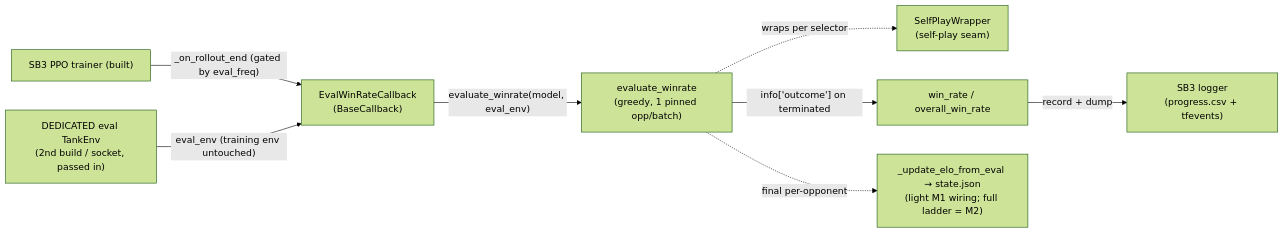
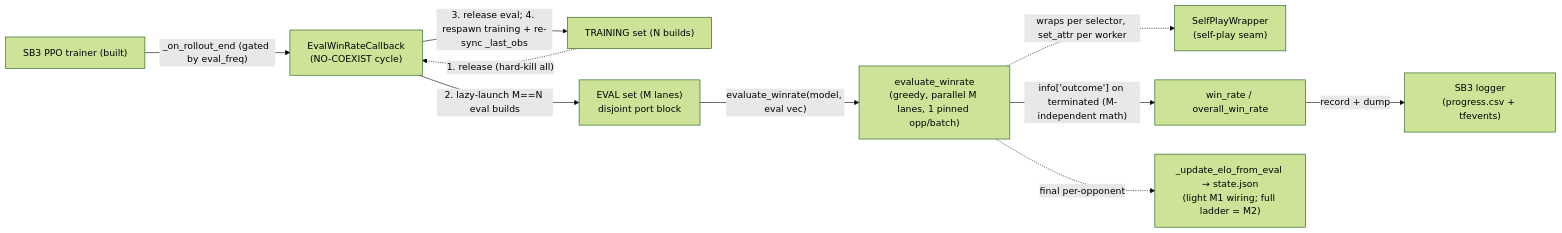
The fourth of 4 diagrams in docs/components/rl.md (urciuolim/TankTwinStickShooter), drawn with Mermaid (forest theme) before and after one commit. The commit also changed other lines of this file and 11 other files, not shown here.

````diff
--- a/docs/components/rl.md
+++ b/docs/components/rl.md
@@ -487,10 +542,12 @@
 ```mermaid
 graph LR
-    sb3["SB3 PPO trainer (built)"] -->|"_on_rollout_end (gated by eval_freq)"| cb["EvalWinRateCallback<br/>(BaseCallback)"]
-    eraw["DEDICATED eval TankEnv<br/>(2nd build / socket, passed in)"] -->|"eval_env (training env untouched)"| cb
-    cb -->|"evaluate_winrate(model, eval_env)"| eval["evaluate_winrate<br/>(greedy, 1 pinned opp/batch)"]
-    eval -.->|"wraps per selector"| sp["SelfPlayWrapper<br/>(self-play seam)"]
-    eval -->|"info['outcome'] on terminated"| wr["win_rate / overall_win_rate"]
+    sb3["SB3 PPO trainer (built)"] -->|"_on_rollout_end (gated by eval_freq)"| cb["EvalWinRateCallback<br/>(NO-COEXIST cycle)"]
+    tvec["TRAINING set (N builds)"] -.->|"1. release (hard-kill all)"| cb
+    cb -->|"2. lazy-launch M==N eval builds"| evec["EVAL set (M lanes)<br/>disjoint port block"]
+    evec -->|"evaluate_winrate(model, eval vec)"| eval["evaluate_winrate<br/>(greedy, parallel M lanes, 1 pinned opp/batch)"]
+    eval -.->|"wraps per selector, set_attr per worker"| sp["SelfPlayWrapper<br/>(self-play seam)"]
+    eval -->|"info['outcome'] on terminated (M-independent math)"| wr["win_rate / overall_win_rate"]
     wr -->|"record + dump"| log["SB3 logger<br/>(progress.csv + tfevents)"]
+    cb -->|"3. release eval; 4. respawn training + re-sync _last_obs"| tvec
     eval -.->|"final per-opponent"| elo["_update_elo_from_eval → state.json<br/>(light M1 wiring; full ladder = M2)"]
 ```
````
